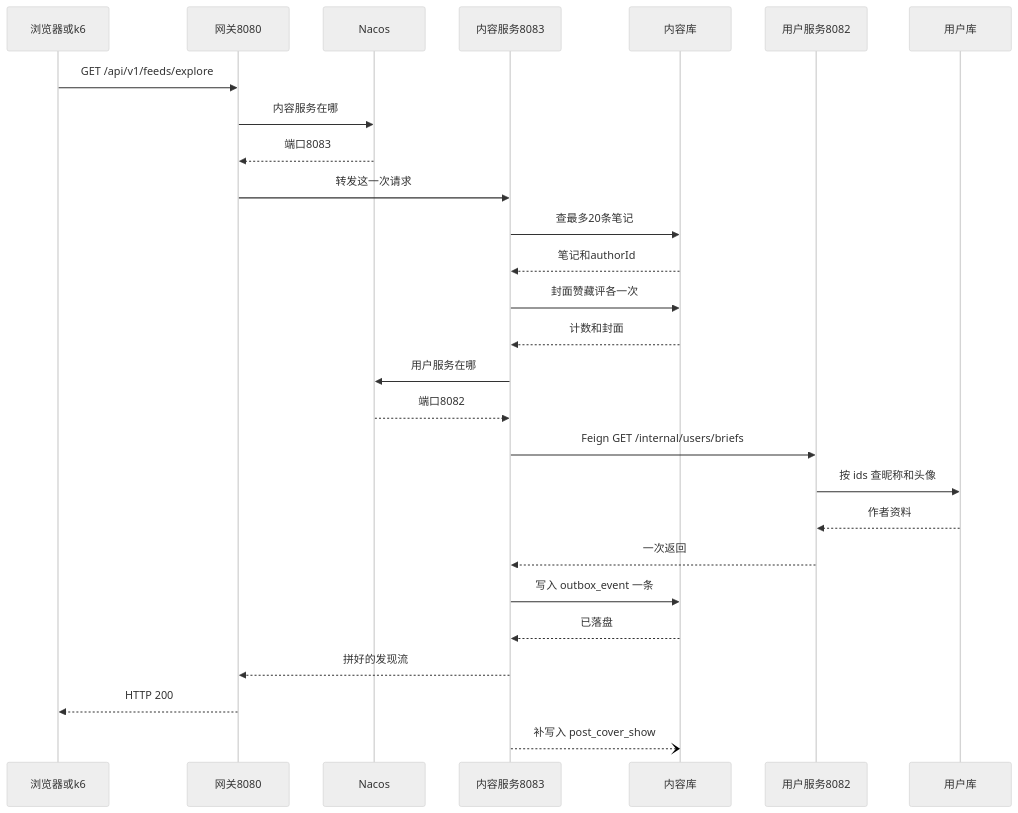
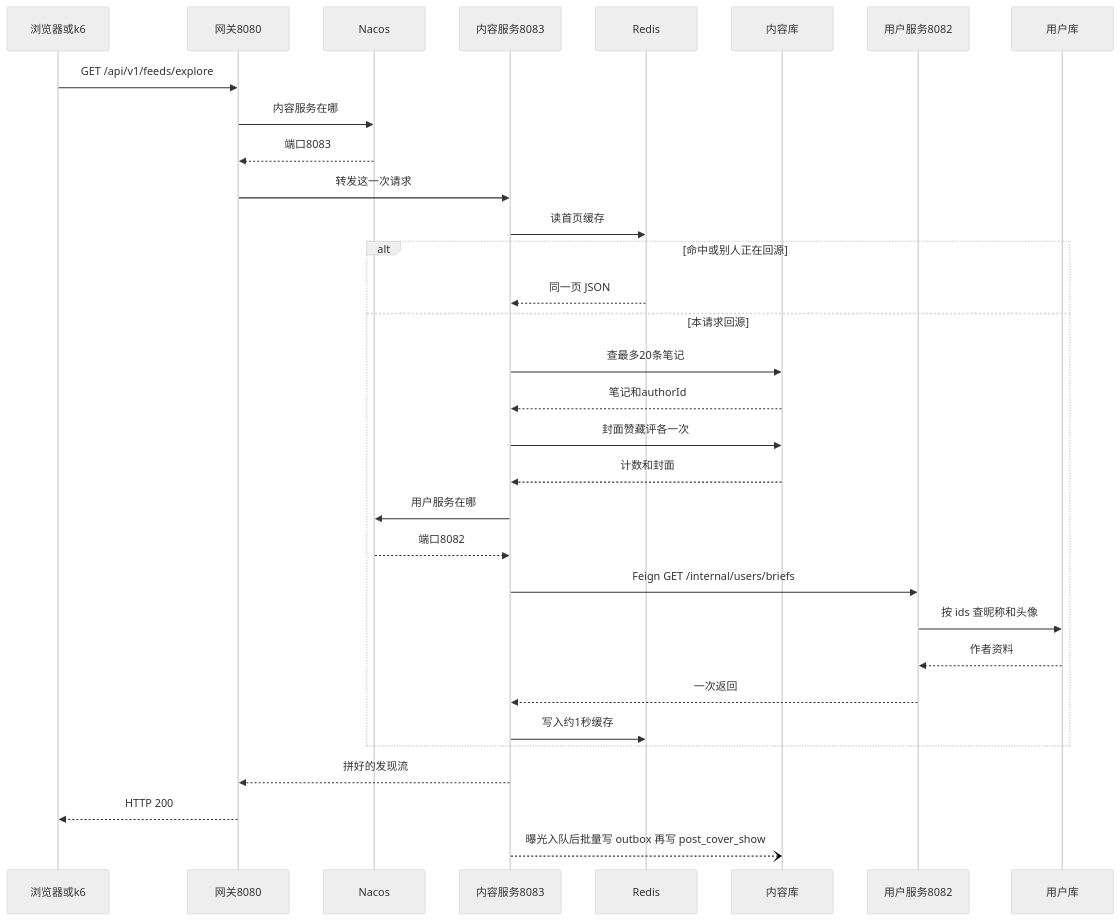
Before and after one commit to Yangleduo00337788/OnePage: diagram 16 of 16 in agi-work-space/src/content/engineering/tech/diagrams.md, drawn with Mermaid (neutral theme). The commit also changed other lines of this file and 42 other files, not shown here.

````diff
--- a/agi-work-space/src/content/engineering/tech/diagrams.md
+++ b/agi-work-space/src/content/engineering/tech/diagrams.md
@@ -419,30 +422,35 @@
 ```mermaid
 sequenceDiagram
   participant FE as 浏览器或k6
   participant GW as 网关8080
   participant NC as Nacos
   participant CT as 内容服务8083
+  participant RD as Redis
   participant CDB as 内容库
   participant US as 用户服务8082
   participant UDB as 用户库
 
   FE->>GW: GET /api/v1/feeds/explore
   GW->>NC: 内容服务在哪
   NC-->>GW: 端口8083
   GW->>CT: 转发这一次请求
-  CT->>CDB: 查最多20条笔记
-  CDB-->>CT: 笔记和authorId
-  CT->>CDB: 封面赞藏评各一次
-  CDB-->>CT: 计数和封面
-  CT->>NC: 用户服务在哪
-  NC-->>CT: 端口8082
-  CT->>US: Feign GET /internal/users/briefs
-  US->>UDB: 按 ids 查昵称和头像
-  UDB-->>US: 作者资料
-  US-->>CT: 一次返回
-  CT->>CDB: 写入 outbox_event 一条
-  CDB-->>CT: 已落盘
+  CT->>RD: 读首页缓存
+  alt 命中或别人正在回源
+    RD-->>CT: 同一页 JSON
+  else 本请求回源
+    CT->>CDB: 查最多20条笔记
+    CDB-->>CT: 笔记和authorId
+    CT->>CDB: 封面赞藏评各一次
+    CDB-->>CT: 计数和封面
+    CT->>NC: 用户服务在哪
+    NC-->>CT: 端口8082
+    CT->>US: Feign GET /internal/users/briefs
+    US->>UDB: 按 ids 查昵称和头像
+    UDB-->>US: 作者资料
+    US-->>CT: 一次返回
+    CT->>RD: 写入约1秒缓存
+  end
   CT-->>GW: 拼好的发现流
   GW-->>FE: HTTP 200
-  CT--)CDB: 补写入 post_cover_show
+  CT--)CDB: 曝光入队后批量写 outbox 再写 post_cover_show
 ```
````
